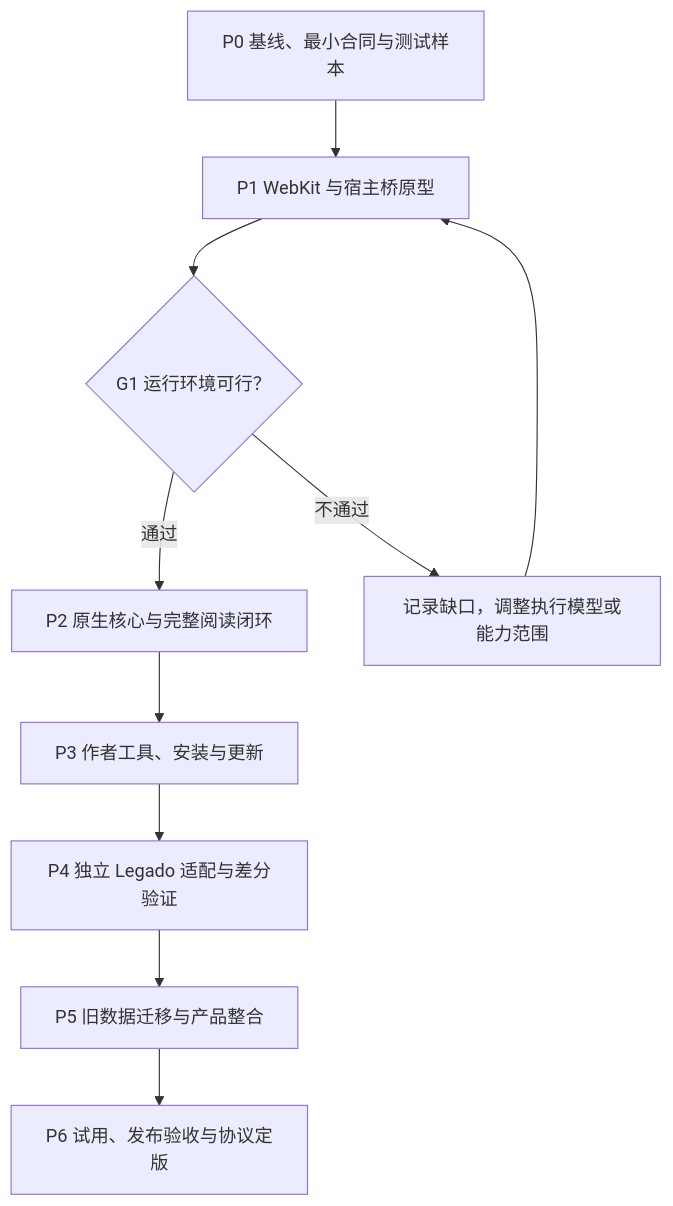
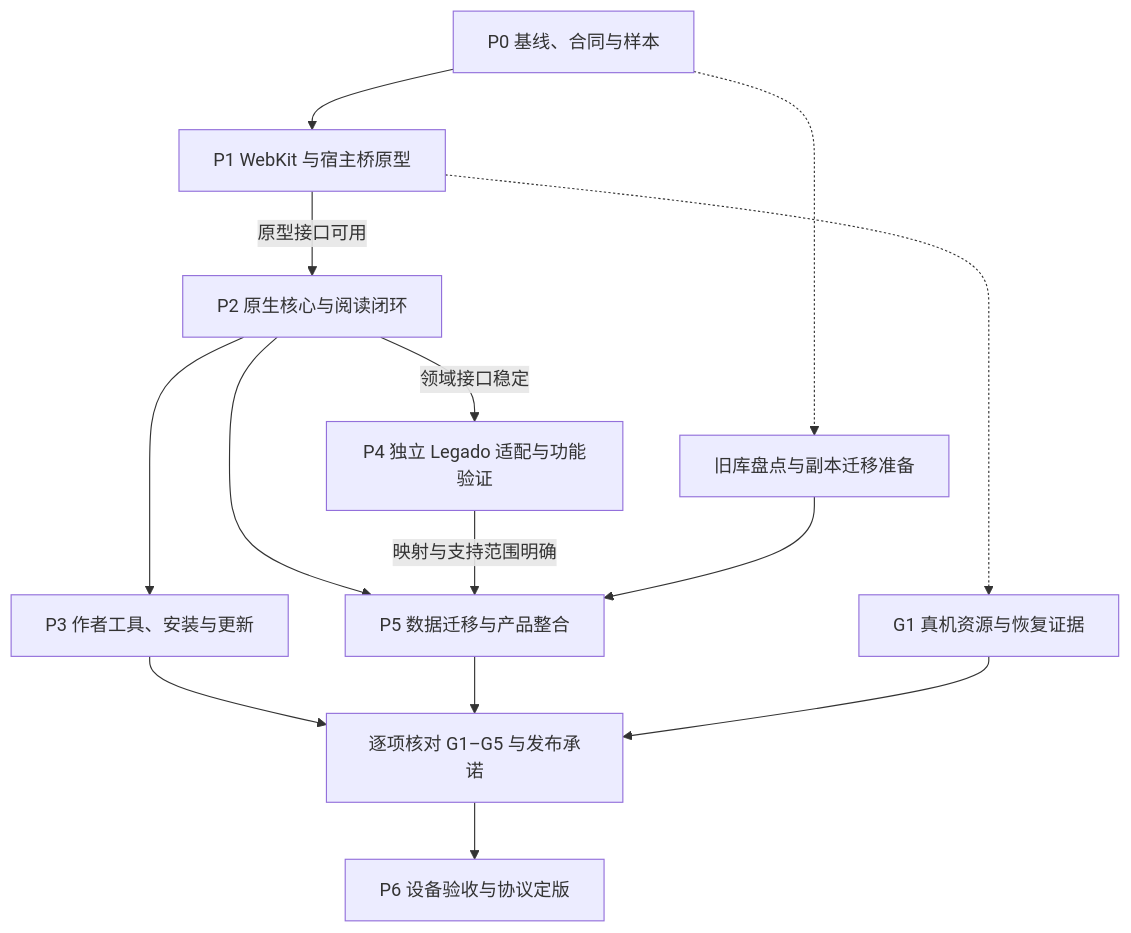
One commit to bemarkt/legado-ios changed the diagram in docs/SOURCE_PROTOCOL_IMPLEMENTATION_PLAN.md. Above: the diagram before and after it, drawn with Mermaid. The commit also changed other lines of this file and 13 other files, not shown here.

````diff
--- a/docs/SOURCE_PROTOCOL_IMPLEMENTATION_PLAN.md
+++ b/docs/SOURCE_PROTOCOL_IMPLEMENTATION_PLAN.md
@@ -69,12 +75,16 @@
 ```mermaid
 flowchart TD
-    P0["P0 基线、最小合同与测试样本"] --> P1["P1 WebKit 与宿主桥原型"]
-    P1 --> G1{"G1 运行环境可行？"}
-    G1 -->|通过| P2["P2 原生核心与完整阅读闭环"]
-    G1 -->|不通过| R["记录缺口，调整执行模型或能力范围"]
-    R --> P1
+    P0["P0 基线、合同与样本"] --> P1["P1 WebKit 与宿主桥原型"]
+    P1 -->|原型接口可用| P2["P2 原生核心与阅读闭环"]
+    P1 -.-> G1["G1 真机资源与恢复证据"]
     P2 --> P3["P3 作者工具、安装与更新"]
-    P3 --> P4["P4 独立 Legado 适配与差分验证"]
-    P4 --> P5["P5 旧数据迁移与产品整合"]
-    P5 --> P6["P6 试用、发布验收与协议定版"]
+    P2 -->|领域接口稳定| P4["P4 独立 Legado 适配与功能验证"]
+    P0 -.-> M["旧库盘点与副本迁移准备"]
+    P2 --> P5["P5 数据迁移与产品整合"]
+    P4 -->|映射与支持范围明确| P5
+    M --> P5
+    P3 --> V["逐项核对 G1–G5 与发布承诺"]
+    P5 --> V
+    G1 --> V
+    V --> P6["P6 设备验收与协议定版"]
 ```
````
